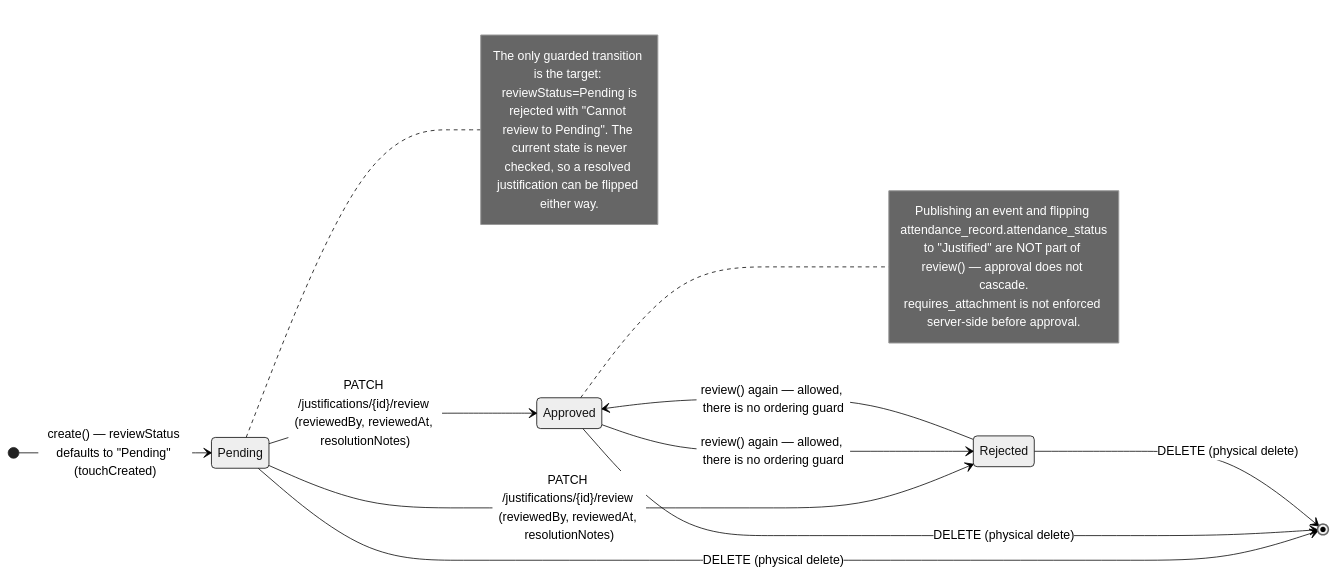
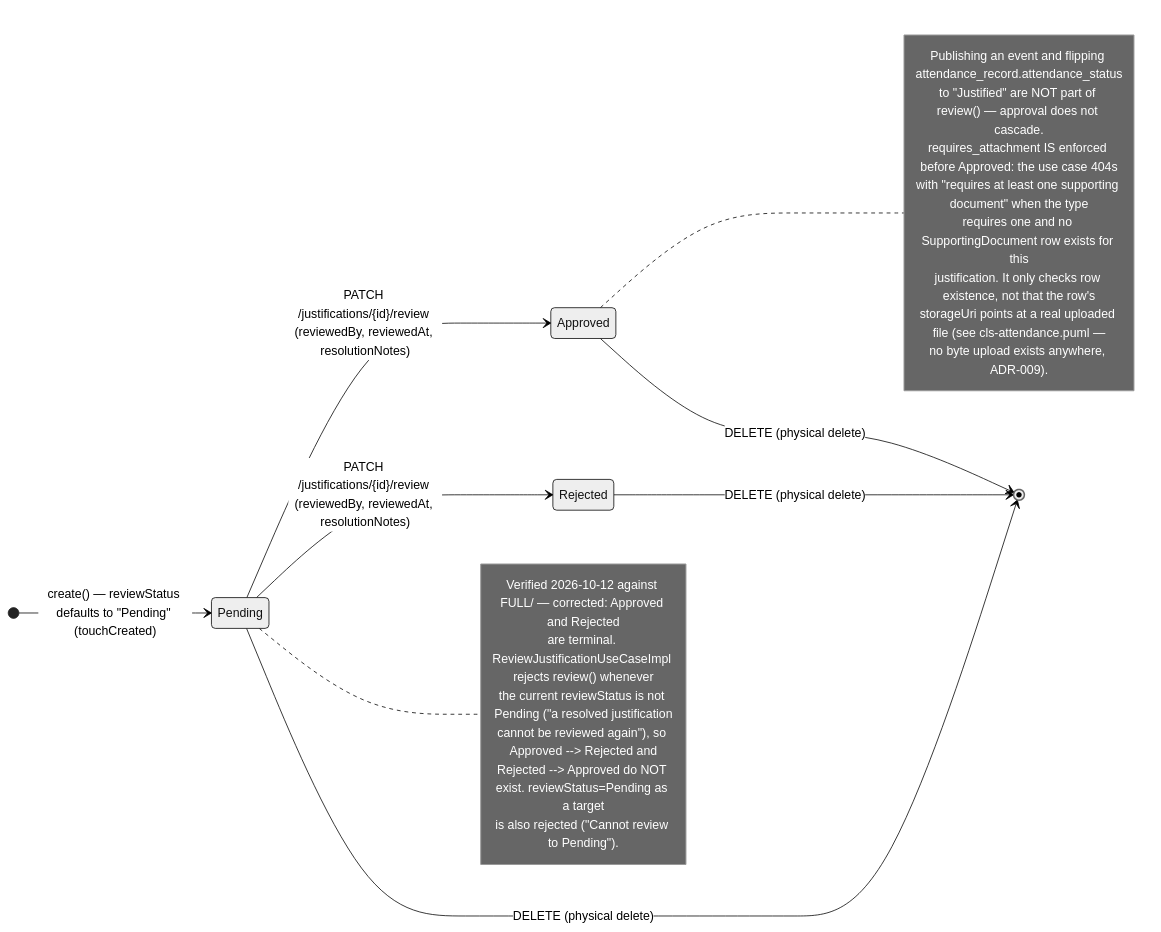
Before and after one commit to code-sena/fae-docs: the diagram in 08-uml/diagrams/source/state-justification.mmd, drawn with Mermaid (neutral theme). The commit also changed 106 other files, not shown here.

First line of the commit message:
docs: align uml diagrams and fae-docs with the implemented stack and deployment

```diff
--- a/08-uml/diagrams/source/state-justification.mmd
+++ b/08-uml/diagrams/source/state-justification.mmd
@@ -1,26 +1,31 @@
 stateDiagram-v2
     direction LR
 
     [*] --> Pending : create() — reviewStatus defaults to "Pending" (touchCreated)
 
     Pending --> Approved : PATCH /justifications/{id}/review (reviewedBy, reviewedAt, resolutionNotes)
     Pending --> Rejected : PATCH /justifications/{id}/review (reviewedBy, reviewedAt, resolutionNotes)
 
-    Approved --> Rejected : review() again — allowed, there is no ordering guard
-    Rejected --> Approved : review() again — allowed, there is no ordering guard
-
     note right of Pending
-        The only guarded transition is the target: reviewStatus=Pending is
-        rejected with "Cannot review to Pending". The current state is never
-        checked, so a resolved justification can be flipped either way.
+        Verified 2026-10-12 against FULL/ — corrected: Approved and Rejected
+        are terminal. ReviewJustificationUseCaseImpl rejects review() whenever
+        the current reviewStatus is not Pending ("a resolved justification
+        cannot be reviewed again"), so Approved --> Rejected and
+        Rejected --> Approved do NOT exist. reviewStatus=Pending as a target
+        is also rejected ("Cannot review to Pending").
     end note
 
     note right of Approved
         Publishing an event and flipping attendance_record.attendance_status
         to "Justified" are NOT part of review() — approval does not cascade.
-        requires_attachment is not enforced server-side before approval.
+        requires_attachment IS enforced before Approved: the use case 404s
+        with "requires at least one supporting document" when the type
+        requires one and no SupportingDocument row exists for this
+        justification. It only checks row existence, not that the row's
+        storageUri points at a real uploaded file (see cls-attendance.puml —
+        no byte upload exists anywhere, ADR-009).
     end note
 
     Pending --> [*] : DELETE (physical delete)
     Approved --> [*] : DELETE (physical delete)
     Rejected --> [*] : DELETE (physical delete)
```
